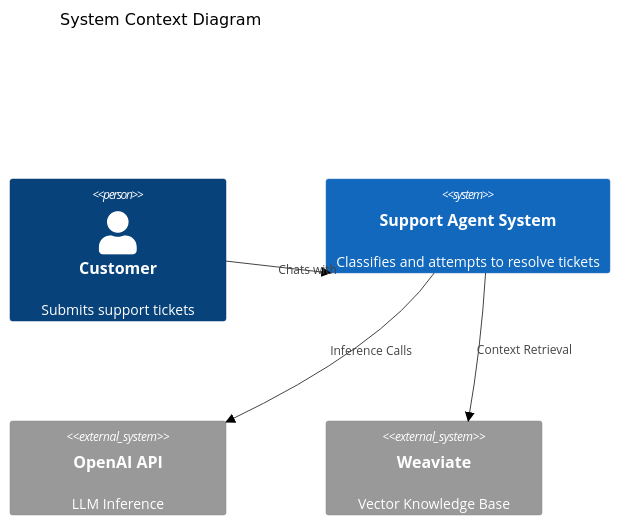
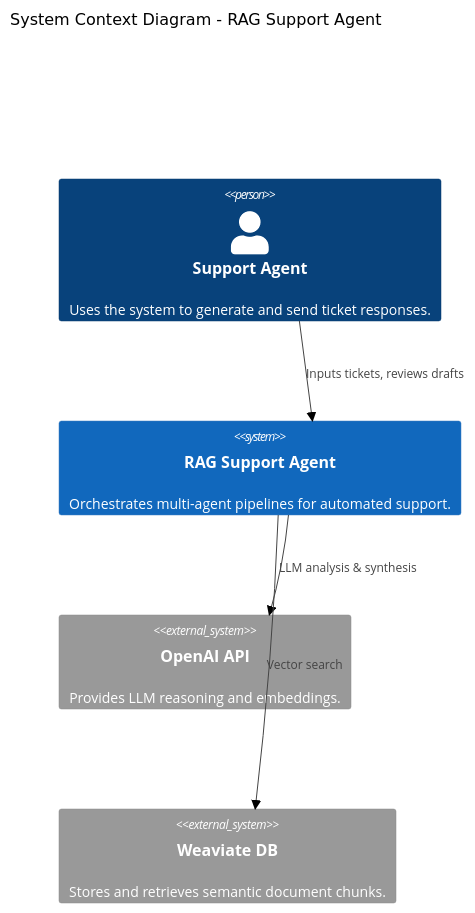
Before and after one commit to Tomadm21/Rag-Support-Agent: the first of 3 diagrams in docs/2. Architecture Overview.md, drawn with Mermaid (neutral theme). The commit also changed other lines of this file and 10 other files, not shown here.

````diff
--- a/docs/2. Architecture Overview.md
+++ b/docs/2. Architecture Overview.md
@@ -7,13 +7,13 @@
 ```mermaid
 C4Context
-  title System Context Diagram
+  title System Context Diagram - RAG Support Agent
 
-  Person(customer, "Customer", "Submits support tickets")
-  System(support_agent, "Support Agent System", "Classifies and attempts to resolve tickets")
-  System_Ext(openai, "OpenAI API", "LLM Inference")
-  System_Ext(weaviate, "Weaviate", "Vector Knowledge Base")
+  Person(user, "Support Agent", "Uses the system to generate and send ticket responses.")
+  System(system, "RAG Support Agent", "Orchestrates multi-agent pipelines for automated support.")
+  System_Ext(openai, "OpenAI API", "Provides LLM reasoning and embeddings.")
+  System_Ext(weaviate, "Weaviate DB", "Stores and retrieves semantic document chunks.")
 
-  Rel(customer, support_agent, "Chats with")
-  Rel(support_agent, openai, "Inference Calls")
-  Rel(support_agent, weaviate, "Context Retrieval")
+  Rel(user, system, "Inputs tickets, reviews drafts")
+  Rel(system, openai, "LLM analysis & synthesis")
+  Rel(system, weaviate, "Vector search")
 ```
````
